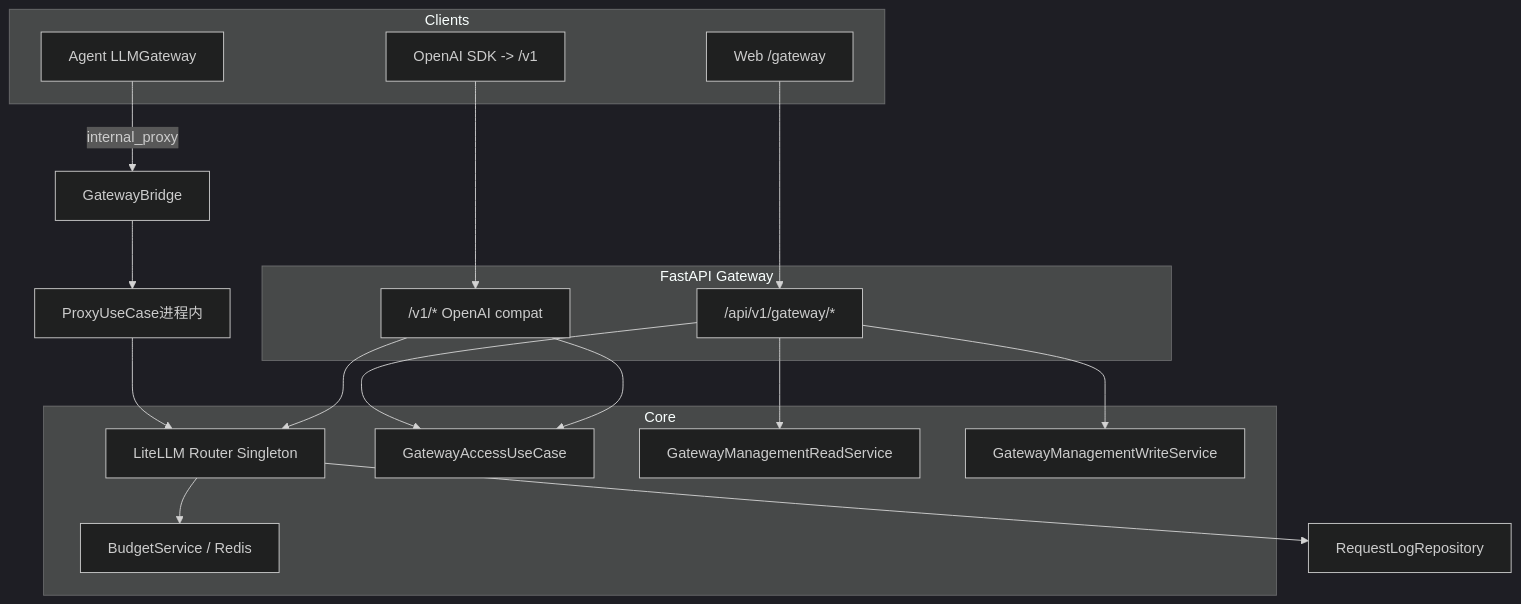
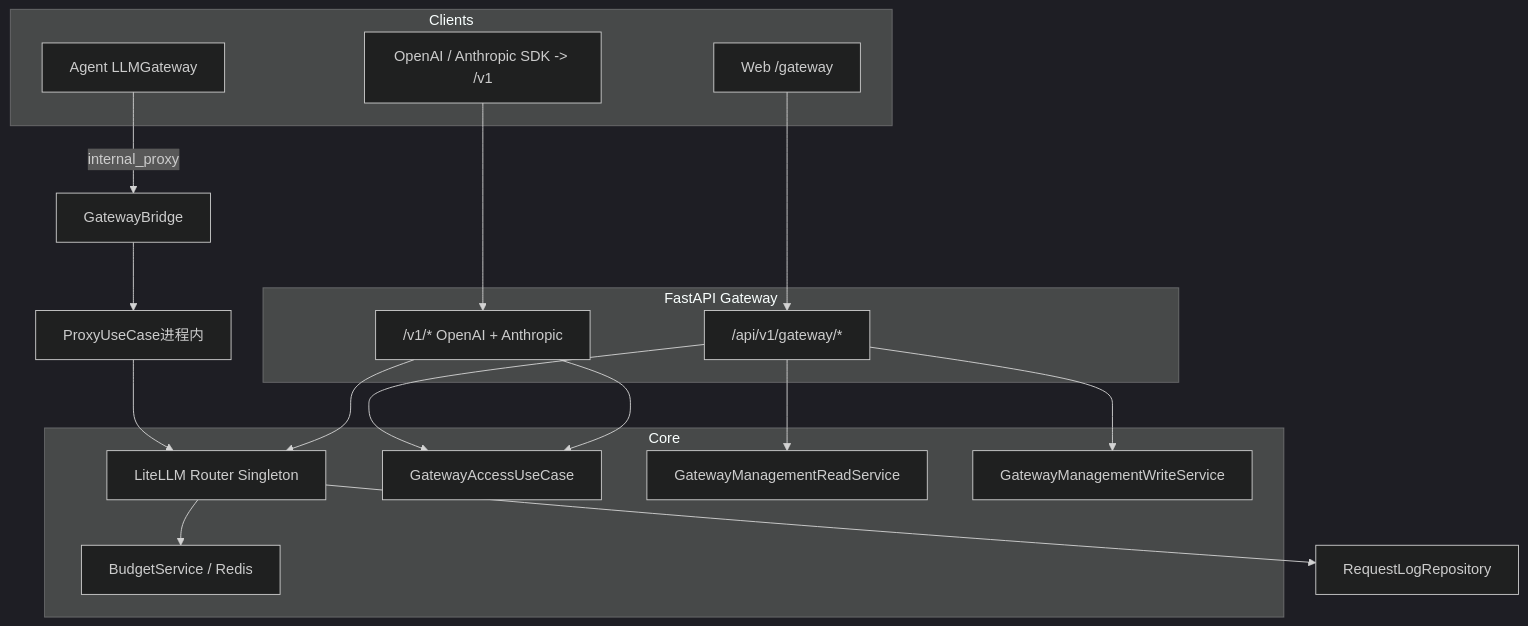
Before and after one commit to tianyehedashu/ai-agent: the diagram in backend/docs/AI_GATEWAY_DOMAIN_ARCHITECTURE.md, drawn with Mermaid (dark theme). The commit also changed other lines of this file and 180 other files, not shown here.

````diff
--- a/backend/docs/AI_GATEWAY_DOMAIN_ARCHITECTURE.md
+++ b/backend/docs/AI_GATEWAY_DOMAIN_ARCHITECTURE.md
@@ -93,29 +97,29 @@
 ```mermaid
 flowchart TB
   subgraph clients [Clients]
     UI[Web /gateway]
-    Ext[OpenAI SDK -> /v1]
+    Ext[OpenAI / Anthropic SDK -> /v1]
     Agent[Agent LLMGateway]
   end
   subgraph gateway_http [FastAPI Gateway]
     Mgmt["/api/v1/gateway/*"]
-    V1["/v1/* OpenAI compat"]
+    V1["/v1/* OpenAI + Anthropic"]
   end
   subgraph core [Core]
     Router[LiteLLM Router Singleton]
     Budget[BudgetService / Redis]
     Access[GatewayAccessUseCase]
     ReadSvc[GatewayManagementReadService]
     WriteSvc[GatewayManagementWriteService]
   end
   UI --> Mgmt
   Ext --> V1
   Agent -->|internal_proxy| Bridge[GatewayBridge]
   Bridge --> ProxyUC[ProxyUseCase进程内]
   ProxyUC --> Router
   Mgmt --> Access & ReadSvc & WriteSvc
   V1 --> Access
   V1 --> Router
   Router --> Budget
   Router --> LogRepo[RequestLogRepository]
 ```
````
